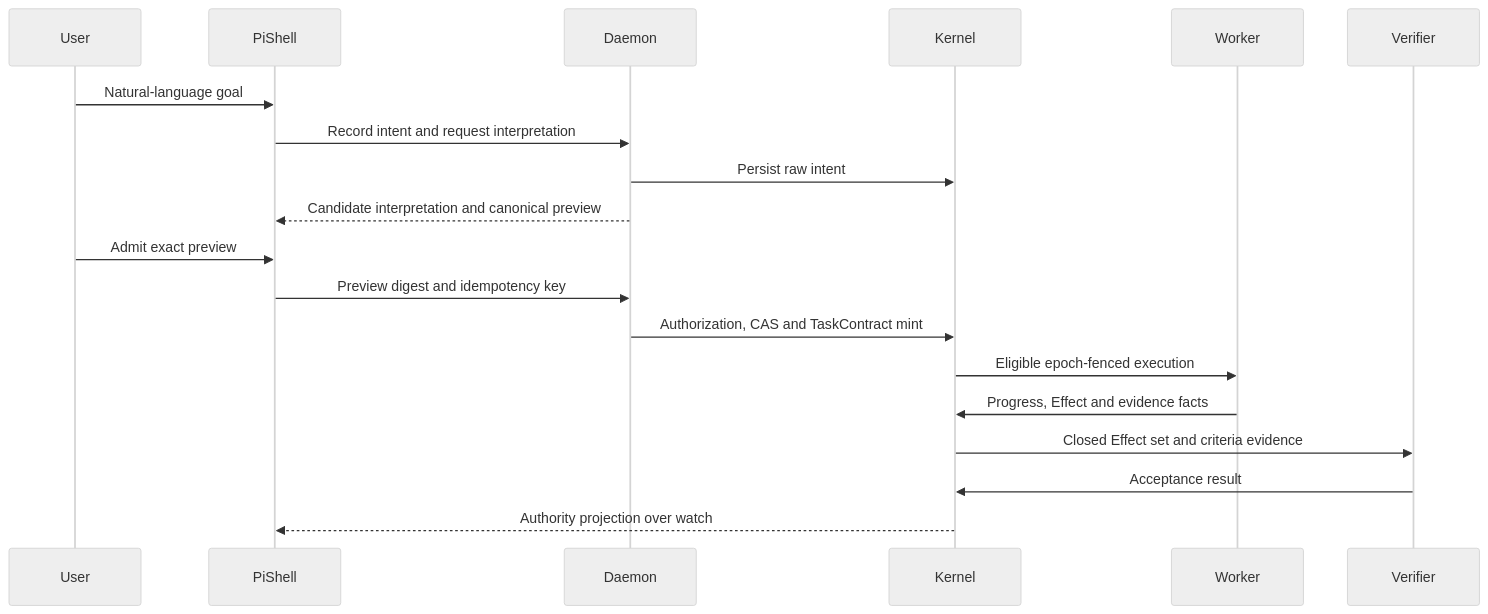
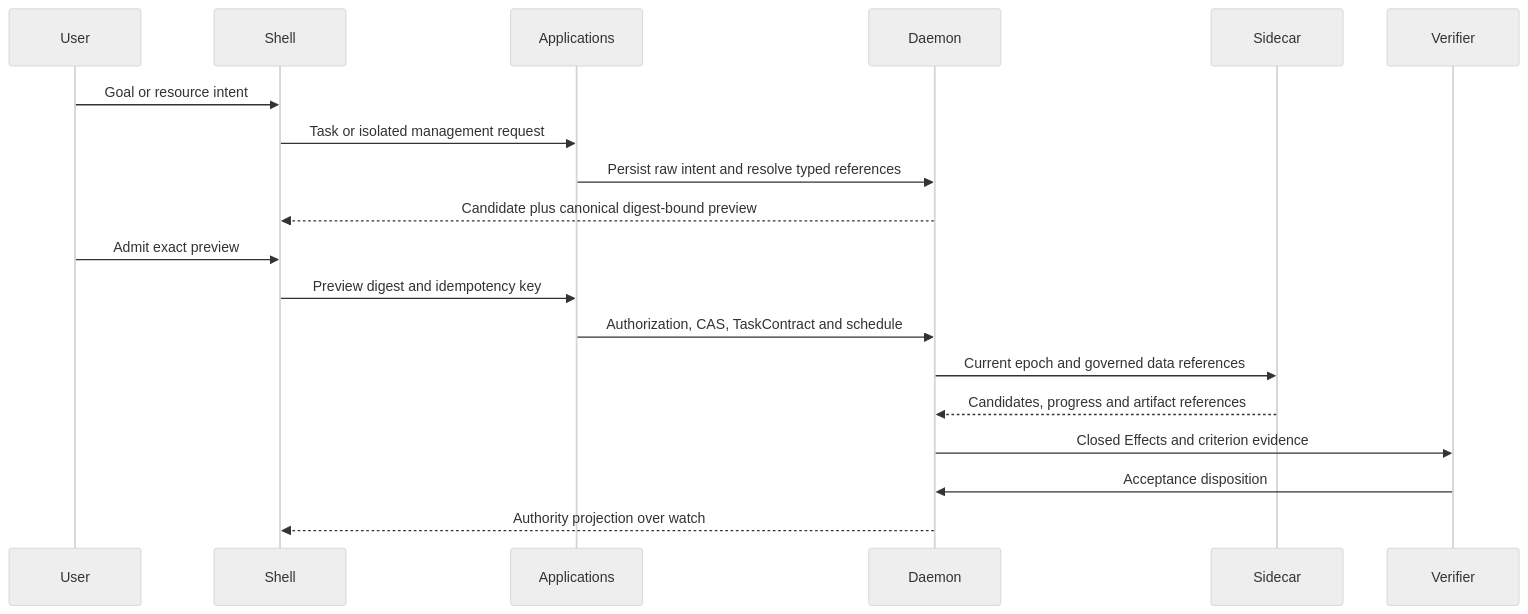
The third of 4 diagrams in docs/architecture/personal/system-architecture.md (agentkernel/cognitive-os), drawn with Mermaid (neutral theme) before and after one commit. The commit also changed other lines of this file and 22 other files, not shown here.

````diff
--- a/docs/architecture/personal/system-architecture.md
+++ b/docs/architecture/personal/system-architecture.md
@@ -130,22 +249,22 @@
 ```mermaid
 sequenceDiagram
   participant User
-  participant Shell as PiShell
+  participant Shell
+  participant Applications
   participant Daemon
-  participant Kernel
-  participant Worker
+  participant Sidecar
   participant Verifier
 
-  User->>Shell: Natural-language goal
-  Shell->>Daemon: Record intent and request interpretation
-  Daemon->>Kernel: Persist raw intent
-  Daemon-->>Shell: Candidate interpretation and canonical preview
+  User->>Shell: Goal or resource intent
+  Shell->>Applications: Task or isolated management request
+  Applications->>Daemon: Persist raw intent and resolve typed references
+  Daemon-->>Shell: Candidate plus canonical digest-bound preview
   User->>Shell: Admit exact preview
-  Shell->>Daemon: Preview digest and idempotency key
-  Daemon->>Kernel: Authorization, CAS and TaskContract mint
-  Kernel->>Worker: Eligible epoch-fenced execution
-  Worker->>Kernel: Progress, Effect and evidence facts
-  Kernel->>Verifier: Closed Effect set and criteria evidence
-  Verifier->>Kernel: Acceptance result
-  Kernel-->>Shell: Authority projection over watch
+  Shell->>Applications: Preview digest and idempotency key
+  Applications->>Daemon: Authorization, CAS, TaskContract and schedule
+  Daemon->>Sidecar: Current epoch and governed data references
+  Sidecar-->>Daemon: Candidates, progress and artifact references
+  Daemon->>Verifier: Closed Effects and criterion evidence
+  Verifier->>Daemon: Acceptance disposition
+  Daemon-->>Shell: Authority projection over watch
 ```
````
